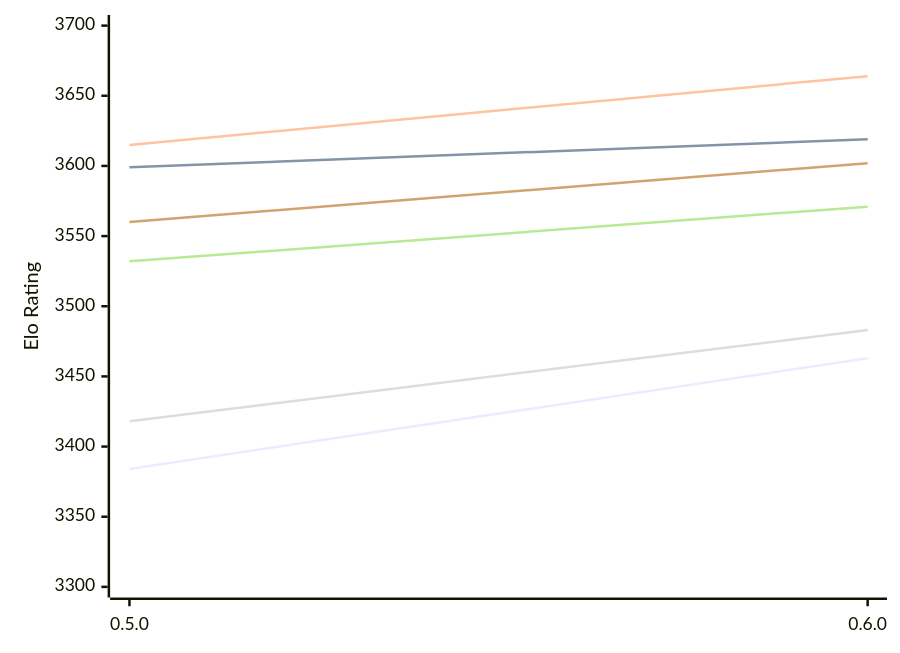
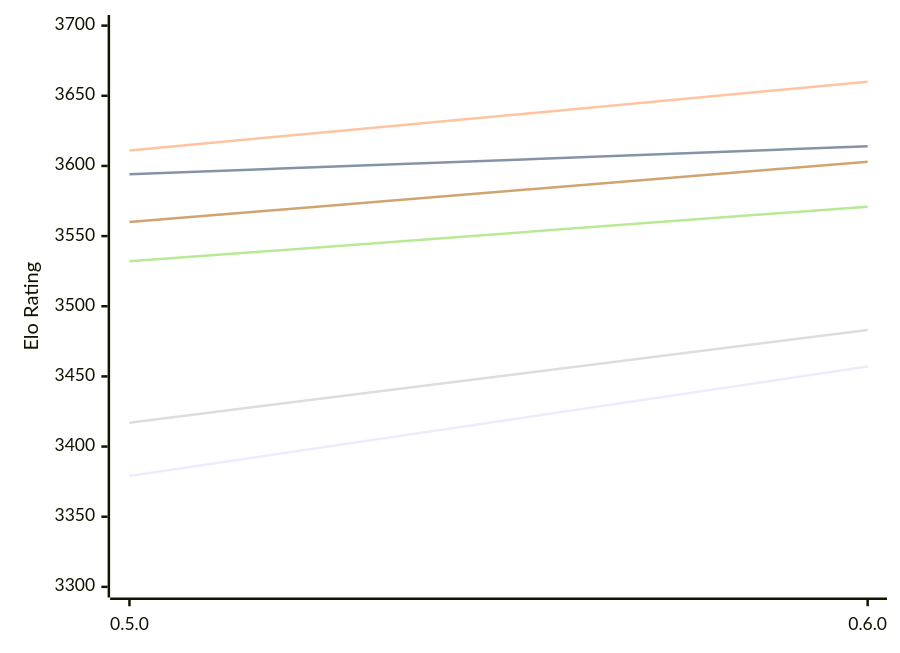
The diagram in engines/Incipit.md (computer-chess-index/cci), drawn with Mermaid before and after one commit. The commit also changed other lines of this file, not shown here.

Commit message:
Update CCI Ratings (ELO VLTC) - 2026-11-26

````diff
--- a/engines/Incipit.md
+++ b/engines/Incipit.md
@@ -49,12 +49,12 @@
 ```mermaid
 %%{init: {"theme":"base","themeVariables":{"seriesColors:['#a3a3a3','#222221','#faa371']}}}%%
 xychart-beta
   x-axis ["0.5.0", "0.6.0"]
   y-axis "Elo Rating" 3300 --> 3700
-  line "E1: STC (8.0+0.08s)" [3384, 3463]
-  line "E1: LTC (60.0+0.60s)" [3599, 3619]
-  line "E1: VLTC (2m24s+1.12s)" [3615, 3664]
-  line "P1: STC (8.0+0.08s)" [3418, 3483]
+  line "E1: STC (8.0+0.08s)" [3379, 3457]
+  line "E1: LTC (60.0+0.60s)" [3594, 3614]
+  line "E1: VLTC (2m24s+1.12s)" [3611, 3660]
+  line "P1: STC (8.0+0.08s)" [3417, 3483]
   line "P1: LTC (60.0+0.60s)" [3532, 3571]
-  line "P1: VLTC (2m24s+1.12s)" [3560, 3602]
+  line "P1: VLTC (2m24s+1.12s)" [3560, 3603]
 ```
````
